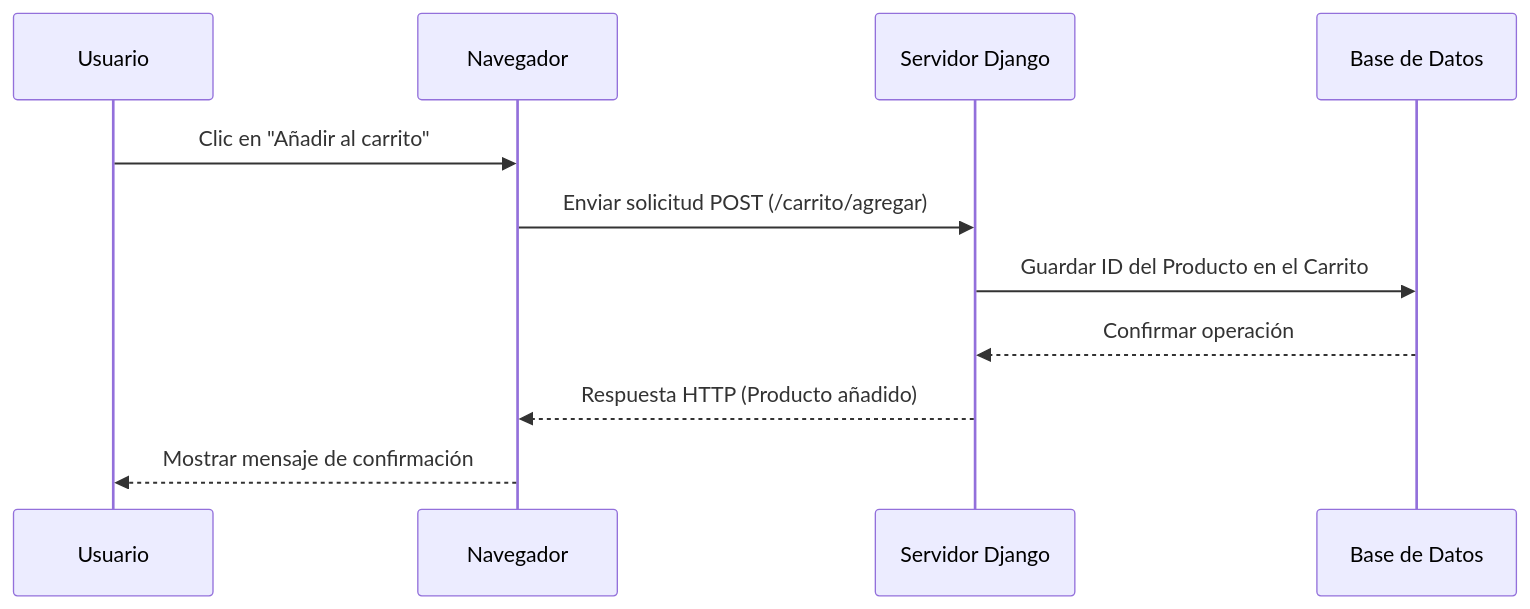
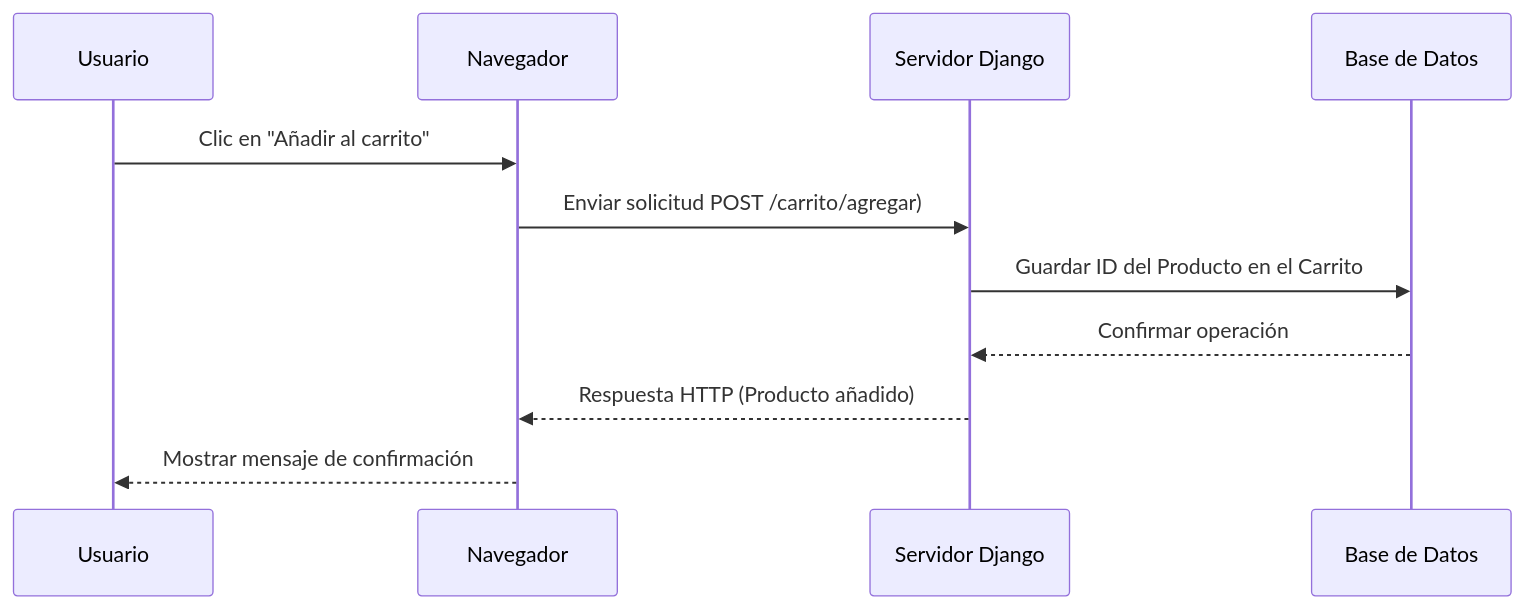
Before and after one commit to Analisis-y-metodologia-de-sistemas-2024/carrito-de-compras: the ninth of 22 diagrams in README.md, drawn with Mermaid. The commit also changed other lines of this file, not shown here.

````diff
--- a/README.md
+++ b/README.md
@@ -1563,14 +1563,14 @@
 ```mermaid
 sequenceDiagram
     participant Usuario
     participant Browser as Navegador
     participant Django as Servidor Django
     participant DB as Base de Datos
 
     Usuario ->> Browser: Clic en "Añadir al carrito"
-    Browser ->> Django: Enviar solicitud POST (/carrito/agregar)
+    Browser ->> Django: Enviar solicitud POST /carrito/agregar)
     Django ->> DB: Guardar ID del Producto en el Carrito
     DB -->> Django: Confirmar operación
     Django -->> Browser: Respuesta HTTP (Producto añadido)
     Browser -->> Usuario: Mostrar mensaje de confirmación
 ```
````
